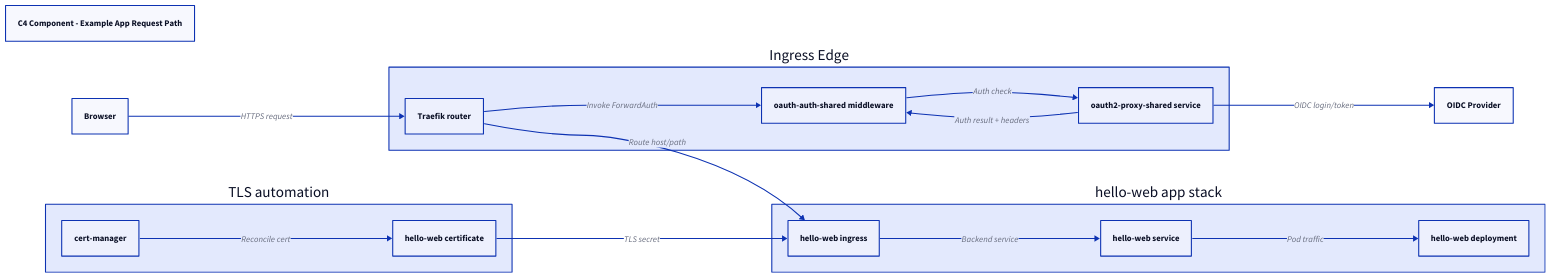
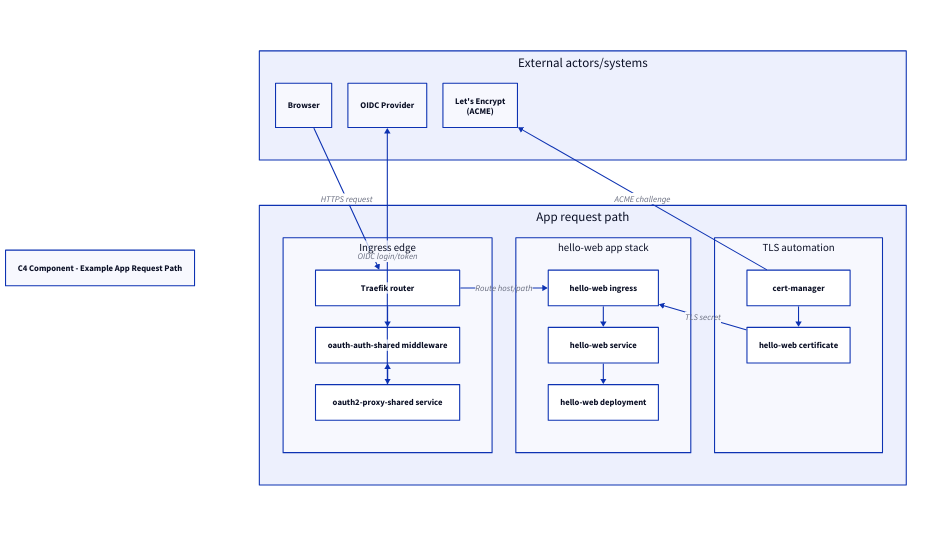
One commit to samclement/swhurl-platform changed the diagram in docs/charts/c4/component-app-example.d2. Above: the diagram before and after it, drawn with D2. The commit also changed 6 other files, not shown here.

```diff
--- a/docs/charts/c4/component-app-example.d2
+++ b/docs/charts/c4/component-app-example.d2
@@ -1,37 +1,57 @@
 title: "C4 Component - Example App Request Path"
 
-direction: right
+direction: down
 
-browser: "Browser"
-oidc: "OIDC Provider"
+layout_rows: "" {
+  grid-rows: 2
+  vertical-gap: 84
+  style.fill: transparent
+  style.stroke: transparent
 
-edge: "Ingress Edge" {
-  direction: down
-  traefik_entry: "Traefik router"
-  oauth_mw: "oauth-auth-shared middleware"
-  oauth_proxy: "oauth2-proxy-shared service"
+  external: "External actors/systems" {
+    grid-columns: 3
+    horizontal-gap: 30
+
+    browser: "Browser"
+    oidc: "OIDC Provider"
+    letsencrypt: "Let's Encrypt\n(ACME)"
+  }
+
+  app_path: "App request path" {
+    grid-columns: 3
+    horizontal-gap: 44
+
+    edge: "Ingress edge" {
+      grid-rows: 3
+      traefik_entry: "Traefik router"
+      oauth_mw: "oauth-auth-shared middleware"
+      oauth_proxy: "oauth2-proxy-shared service"
+    }
+
+    app_stack: "hello-web app stack" {
+      grid-rows: 3
+      ingress: "hello-web ingress"
+      service: "hello-web service"
+      deployment: "hello-web deployment"
+    }
+
+    certs: "TLS automation" {
+      grid-rows: 2
+      cert_manager: "cert-manager"
+      cert: "hello-web certificate"
+    }
+  }
 }
 
-app_stack: "hello-web app stack" {
-  direction: down
-  ingress: "hello-web ingress"
-  service: "hello-web service"
-  deployment: "hello-web deployment"
-}
+layout_rows.external.browser -> layout_rows.app_path.edge.traefik_entry: "HTTPS request"
+layout_rows.app_path.edge.traefik_entry -> layout_rows.app_path.edge.oauth_mw
+layout_rows.app_path.edge.oauth_mw -> layout_rows.app_path.edge.oauth_proxy
+layout_rows.app_path.edge.oauth_proxy -> layout_rows.external.oidc: "OIDC login/token"
+layout_rows.app_path.edge.oauth_proxy -> layout_rows.app_path.edge.oauth_mw
+layout_rows.app_path.edge.traefik_entry -> layout_rows.app_path.app_stack.ingress: "Route host/path"
+layout_rows.app_path.app_stack.ingress -> layout_rows.app_path.app_stack.service
+layout_rows.app_path.app_stack.service -> layout_rows.app_path.app_stack.deployment
 
-certs: "TLS automation" {
-  cert_manager: "cert-manager"
-  cert: "hello-web certificate"
-}
-
-browser -> edge.traefik_entry: "HTTPS request"
-edge.traefik_entry -> edge.oauth_mw: "Invoke ForwardAuth"
-edge.oauth_mw -> edge.oauth_proxy: "Auth check"
-edge.oauth_proxy -> oidc: "OIDC login/token"
-edge.oauth_proxy -> edge.oauth_mw: "Auth result + headers"
-edge.traefik_entry -> app_stack.ingress: "Route host/path"
-app_stack.ingress -> app_stack.service: "Backend service"
-app_stack.service -> app_stack.deployment: "Pod traffic"
-
-certs.cert_manager -> certs.cert: "Reconcile cert"
-certs.cert -> app_stack.ingress: "TLS secret"
+layout_rows.app_path.certs.cert_manager -> layout_rows.app_path.certs.cert
+layout_rows.app_path.certs.cert_manager -> layout_rows.external.letsencrypt: "ACME challenge"
+layout_rows.app_path.certs.cert -> layout_rows.app_path.app_stack.ingress: "TLS secret"
```
